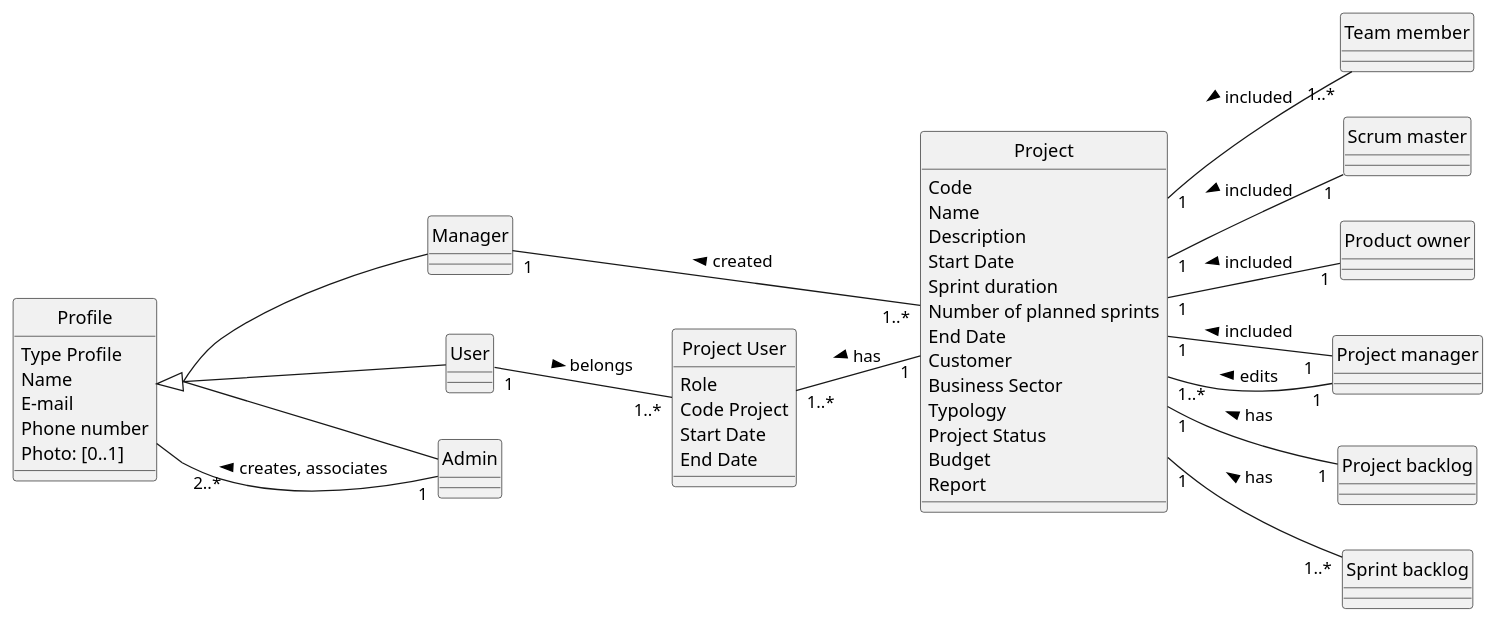
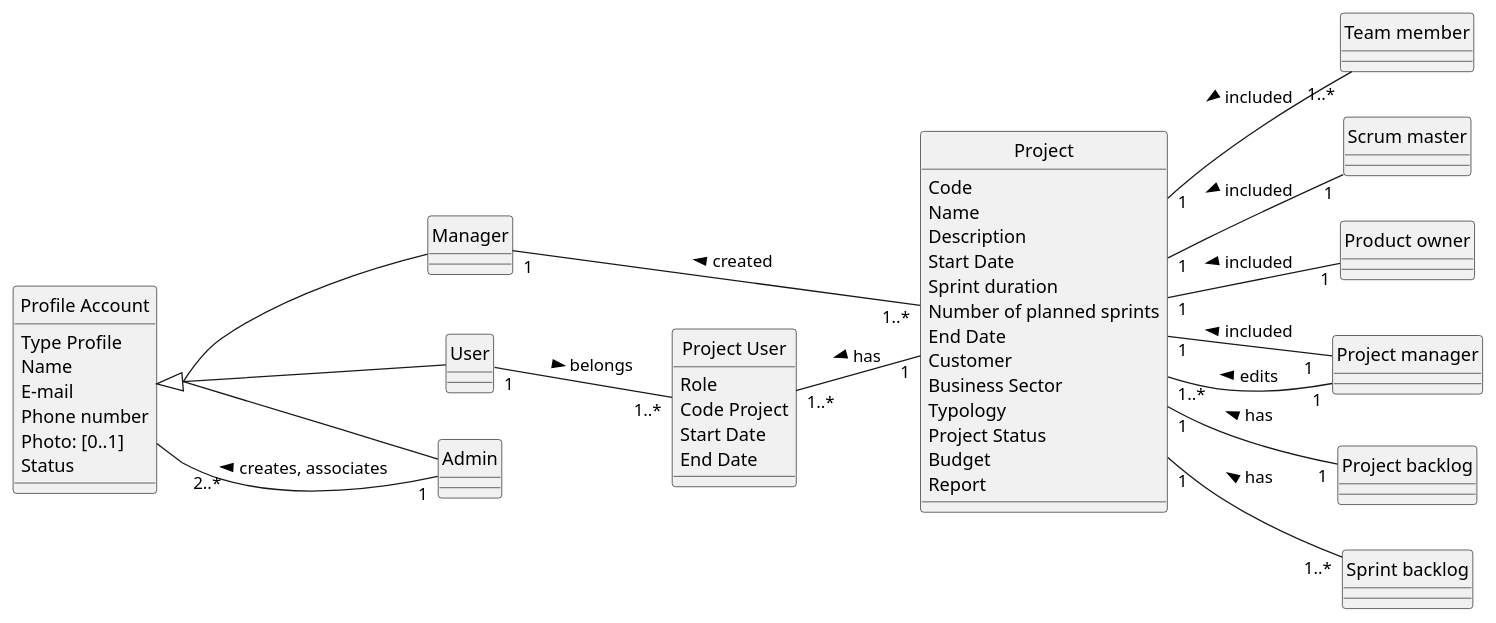
One commit to ivo-menezes/project_g3 changed the diagram in docs/modelling_design/domain_model_diagram/domain_model_diagram.puml. Above: the diagram before and after it, drawn with PlantUML.

Commit message:
Domain Model: Analysis: Changed Profile to Profile Account and added Status attribute

```diff
--- a/docs/modelling_design/domain_model_diagram/domain_model_diagram.puml
+++ b/docs/modelling_design/domain_model_diagram/domain_model_diagram.puml
@@ -1,53 +1,54 @@
 @startuml
 skinparam style strictuml
 left to right direction
 skinparam groupInheritance 3
 
- class Profile {
+ class "Profile Account" as Profile {
    Type Profile
    Name
    E-mail
    Phone number
    Photo: [0..1]
    'the [0..1] in Photo indicates an optional value, see Craig 2004, p.121
+   Status
  }
 
   class "Project User" {
   Role
   Code Project
   Start Date
   End Date
   }
 
  class Project{
  Code
  Name
  Description
  Start Date
  Sprint duration
  Number of planned sprints
  End Date
  Customer
  Business Sector
  Typology
  Project Status
  Budget
  Report
 }
 
 Profile <|-- Manager
 Profile <|-- User
 Profile <|-- Admin
 
 Admin "1" -- "2..*" Profile: creates, associates >
 Manager "1"--- "1..*" Project: created <
 User "1" -- "1..*" "Project User": belongs >
 "Project User" "1..*" -- "1" Project : has <
 Project "1" -- "1..*" "Team member": included <
 Project "1" -- "1" "Scrum master": included <
 Project "1" -- "1" "Product owner": included <
 Project "1" -- "1  " "Project manager": included <
 Project "1" -- "1" "Project backlog": has <
 Project "1" -- "1..*" "Sprint backlog": has <
 "Project manager" "1" -- "1..*" Project: edits >
 @enduml
```
